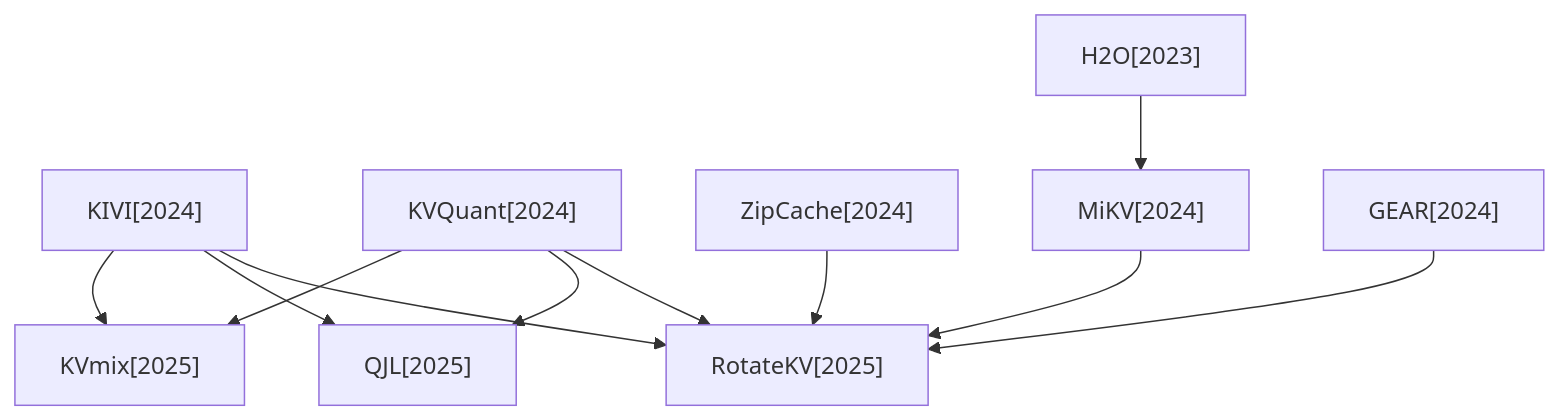
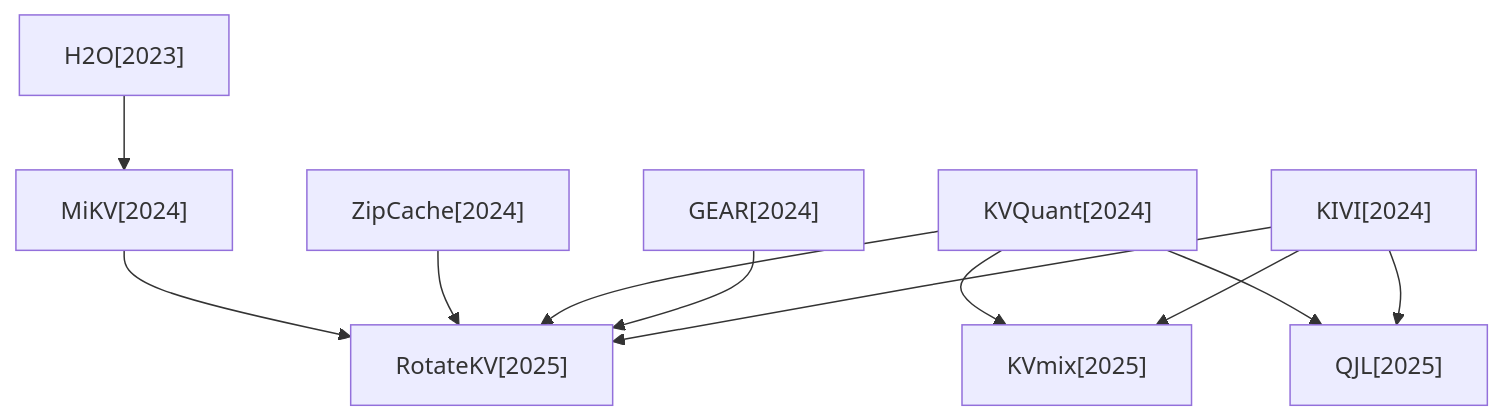
Before and after one commit to hustzxd/EfficientPaper: the fourth of 4 diagrams in docs/baseline_methods_graph.md, drawn with Mermaid. The commit also changed other lines of this file and 2 other files, not shown here.

````diff
--- a/docs/baseline_methods_graph.md
+++ b/docs/baseline_methods_graph.md
@@ -75,22 +75,22 @@
 ```mermaid
 flowchart TD
+    2023_H2O["H2O[2023]"]
+    2025_RotateKV["RotateKV[2025]"]
+    2024_MiKV["MiKV[2024]"]
+    2024_ZipCache["ZipCache[2024]"]
+    2025_KVmix["KVmix[2025]"]
+    2025_QJL["QJL[2025]"]
+    2024_KVQuant["KVQuant[2024]"]
+    2024_GEAR["GEAR[2024]"]
     2024_KIVI["KIVI[2024]"]
-    2025_KVmix["KVmix[2025]"]
-    2024_KVQuant["KVQuant[2024]"]
-    2025_QJL["QJL[2025]"]
-    2025_RotateKV["RotateKV[2025]"]
-    2023_H2O["H2O[2023]"]
-    2024_ZipCache["ZipCache[2024]"]
-    2024_MiKV["MiKV[2024]"]
-    2024_GEAR["GEAR[2024]"]
+    2023_H2O --> 2024_MiKV
+    2024_MiKV --> 2025_RotateKV
+    2024_ZipCache --> 2025_RotateKV
+    2024_KVQuant --> 2025_KVmix
+    2024_KVQuant --> 2025_QJL
+    2024_KVQuant --> 2025_RotateKV
+    2024_GEAR --> 2025_RotateKV
     2024_KIVI --> 2025_KVmix
     2024_KIVI --> 2025_QJL
     2024_KIVI --> 2025_RotateKV
-    2024_KVQuant --> 2025_KVmix
-    2024_KVQuant --> 2025_QJL
-    2024_KVQuant --> 2025_RotateKV
-    2023_H2O --> 2024_MiKV
-    2024_ZipCache --> 2025_RotateKV
-    2024_MiKV --> 2025_RotateKV
-    2024_GEAR --> 2025_RotateKV
 ```
````
